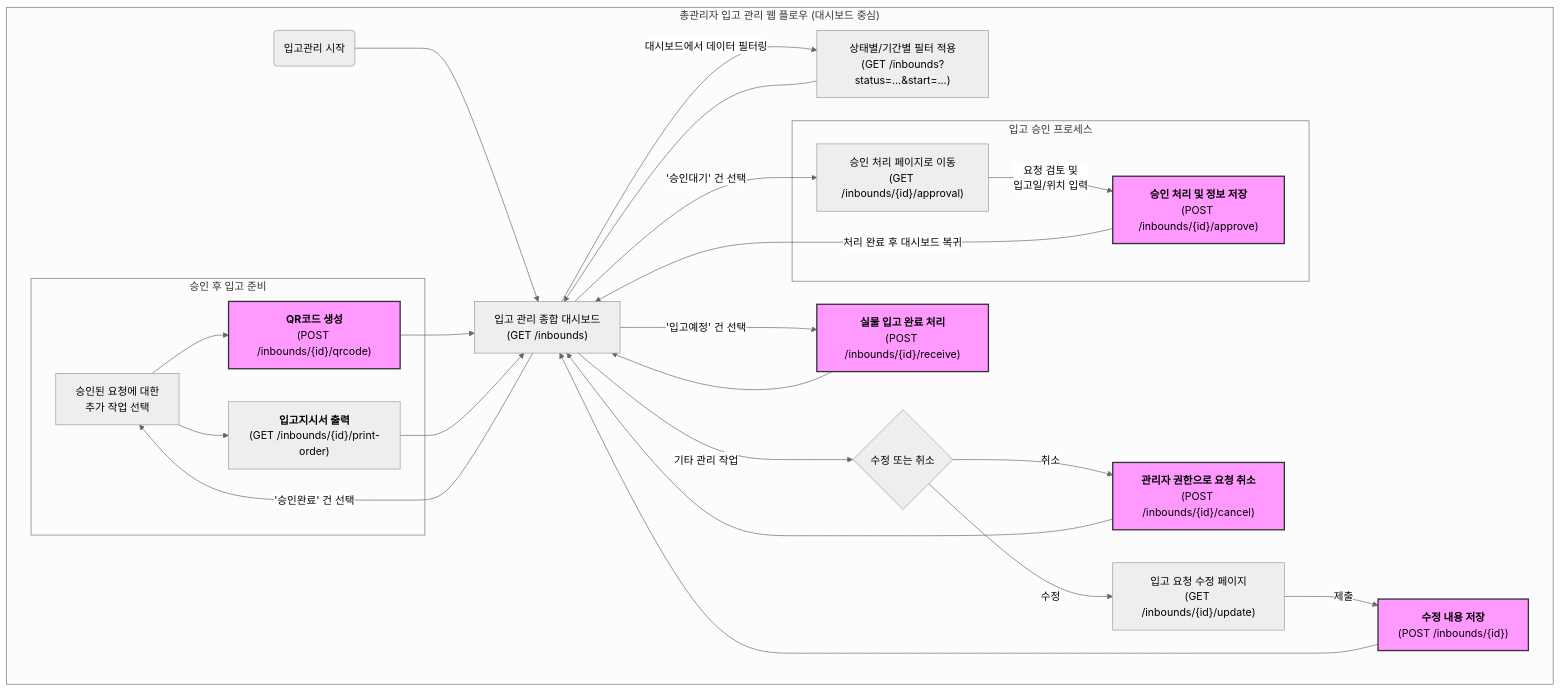
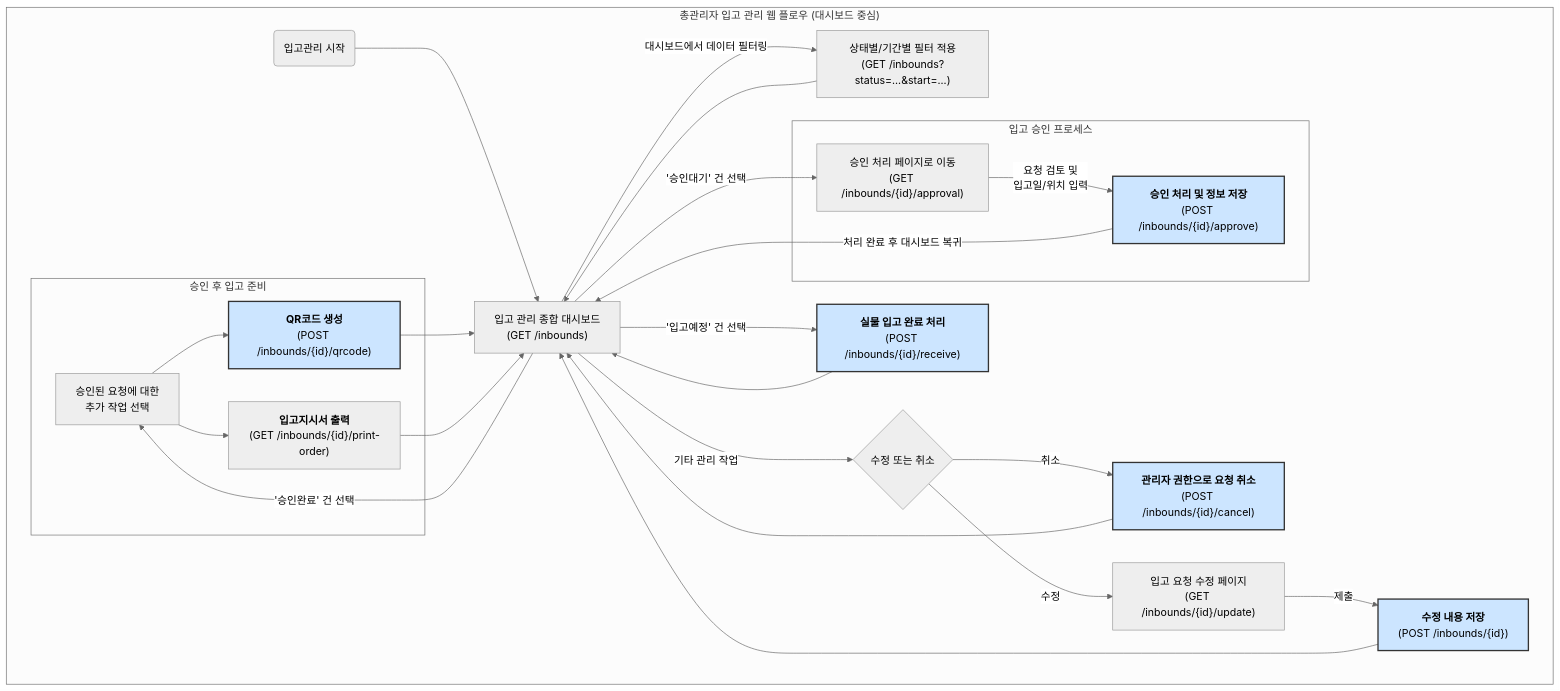
One commit to SSG9-1-meow-meow/Meow-coffee changed the second of 2 diagrams in docs/InboundFlowChart.md. Above: the diagram before and after it, drawn with Mermaid (neutral theme). The commit also changed other lines of this file and 2 other files, not shown here.

Commit message:
docs: 플로우 차트 문서 정리

````diff
--- a/docs/InboundFlowChart.md
+++ b/docs/InboundFlowChart.md
@@ -55,39 +55,39 @@
 ```mermaid
 graph TD
     subgraph "총관리자 입고 관리 웹 플로우 (대시보드 중심)"
         A(입고관리 시작) --> B["입고 관리 종합 대시보드<br/>(GET /inbounds)"];
 
         B -- "대시보드에서 데이터 필터링" --> C["상태별/기간별 필터 적용<br/>(GET /inbounds?status=...&start=...)"];
         C --> B;
 
         B -- "'승인대기' 건 선택" --> D["승인 처리 페이지로 이동<br/>(GET /inbounds/{id}/approval)"];
         subgraph "입고 승인 프로세스"
             D -- "요청 검토 및<br/>입고일/위치 입력" --> E["<b>승인 처리 및 정보 저장</b><br/>(POST /inbounds/{id}/approve)"];
         end
         E -- "처리 완료 후 대시보드 복귀" --> B;
 
         B -- "'승인완료' 건 선택" --> F["승인된 요청에 대한<br/>추가 작업 선택"];
          subgraph "승인 후 입고 준비"
             F --> F1["<b>QR코드 생성</b><br/>(POST /inbounds/{id}/qrcode)"];
             F --> F2["<b>입고지시서 출력</b><br/>(GET /inbounds/{id}/print-order)"];
         end
         F1 --> B;
         F2 --> B;
 
         B -- "'입고예정' 건 선택" --> G["<b>실물 입고 완료 처리</b><br/>(POST /inbounds/{id}/receive)"];
         G --> B;
 
         B -- "기타 관리 작업" --> H{"수정 또는 취소"};
         H -- "수정" --> I["입고 요청 수정 페이지<br/>(GET /inbounds/{id}/update)"];
         I -- "제출" --> J["<b>수정 내용 저장</b><br/>(POST /inbounds/{id})"];
         J --> B;
         H -- "취소" --> K["<b>관리자 권한으로 요청 취소</b><br/>(POST /inbounds/{id}/cancel)"];
         K --> B;
     end
 
-    style E fill:#f9f,stroke:#333,stroke-width:2px
-    style F1 fill:#f9f,stroke:#333,stroke-width:2px
-    style G fill:#f9f,stroke:#333,stroke-width:2px
-    style J fill:#f9f,stroke:#333,stroke-width:2px
-    style K fill:#f9f,stroke:#333,stroke-width:2px
+    style E fill:#cce5ff,stroke:#333,stroke-width:2px
+    style F1 fill:#cce5ff,stroke:#333,stroke-width:2px
+    style G fill:#cce5ff,stroke:#333,stroke-width:2px
+    style J fill:#cce5ff,stroke:#333,stroke-width:2px
+    style K fill:#cce5ff,stroke:#333,stroke-width:2px
 ```
````
